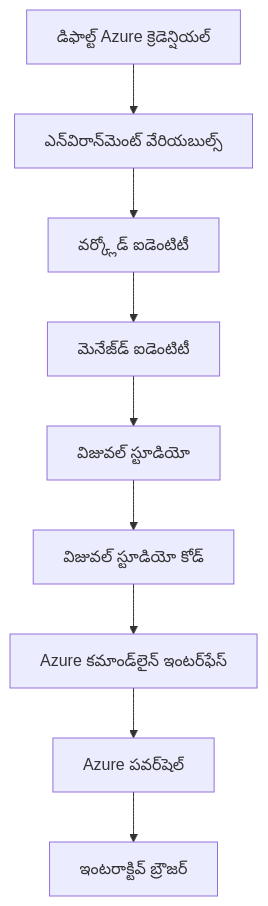
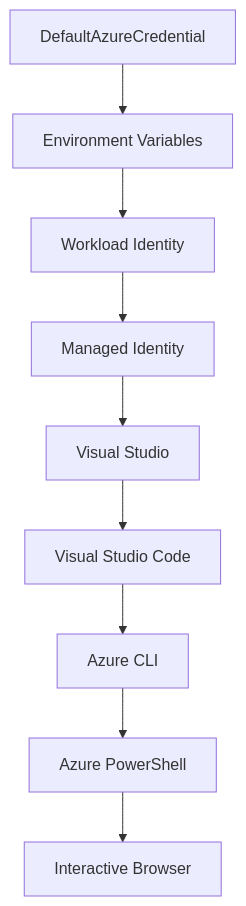
Before and after one commit to microsoft/AZD-for-beginners: the second of 2 diagrams in translations/te/docs/chapter-01-foundation/azd-basics.md, drawn with Mermaid. The commit also changed other lines of this file and 6 other files, not shown here.

````diff
--- a/translations/te/docs/chapter-01-foundation/azd-basics.md
+++ b/translations/te/docs/chapter-01-foundation/azd-basics.md
@@ -607,11 +618,11 @@
 ```mermaid
 graph TD
-    A[డిఫాల్ట్ Azure క్రెడెన్షియల్] --> B[ఎన్‌విరాన్‌మెంట్ వేరియబుల్స్]
-    B --> C[వర్క్లోడ్ ఐడెంటిటీ]
-    C --> D[మెనేజ్‌డ్ ఐడెంటిటీ]
-    D --> E[విజువల్ స్టూడియో]
-    E --> F[విజువల్ స్టూడియో కోడ్]
-    F --> G[Azure కమాండ్‌లైన్ ఇంటర్‌ఫేస్]
-    G --> H[Azure పవర్‌షెల్]
-    H --> I[ఇంటరాక్టివ్ బ్రౌజర్]
+    A[DefaultAzureCredential] --> B[Environment Variables]
+    B --> C[Workload Identity]
+    C --> D[Managed Identity]
+    D --> E[Visual Studio]
+    E --> F[Visual Studio Code]
+    F --> G[Azure CLI]
+    G --> H[Azure PowerShell]
+    H --> I[Interactive Browser]
 ```
````
